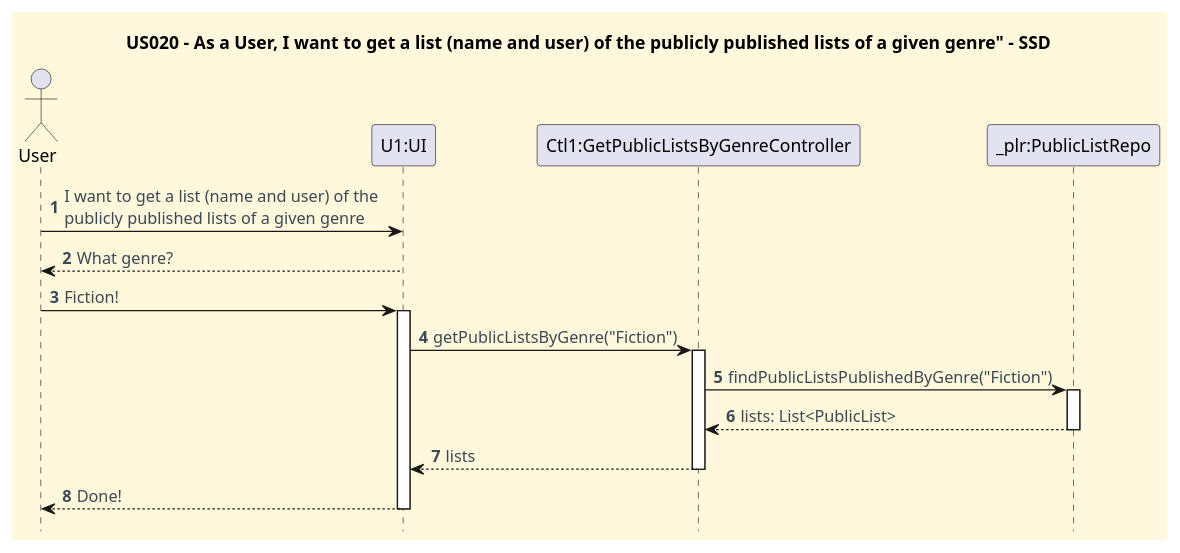
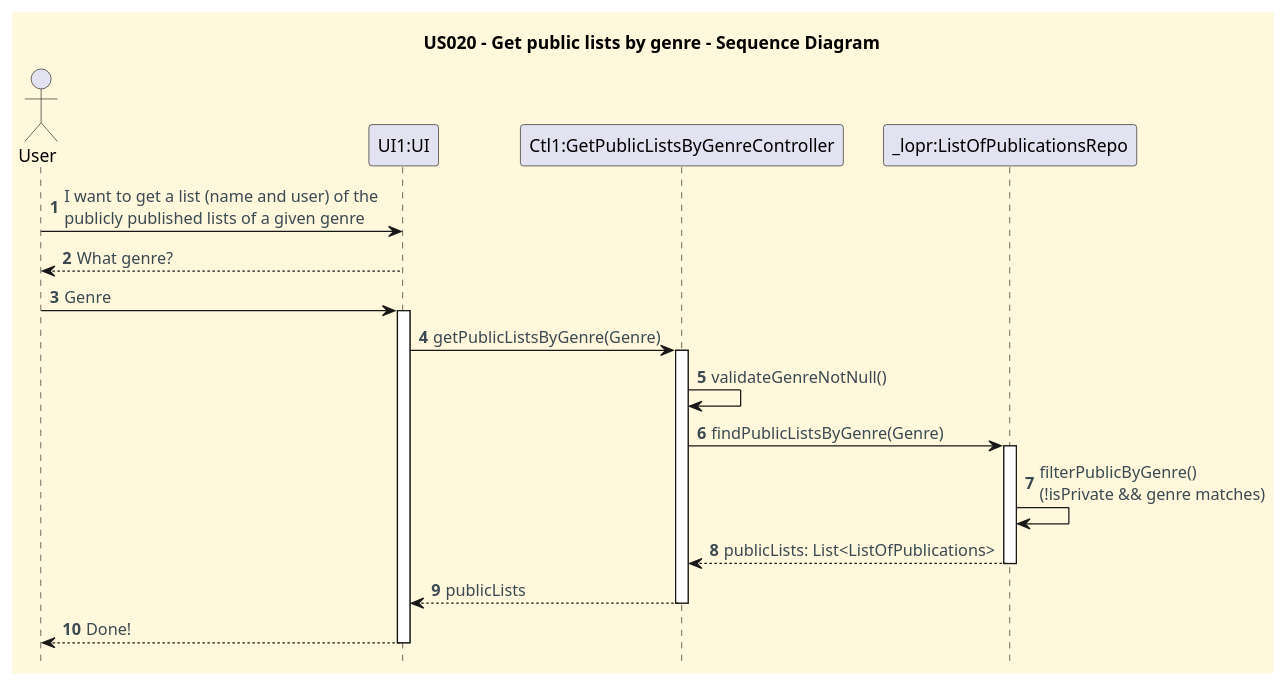
The diagram in docs/userStories/US020/US020_get_a_list_given_genres_SD.puml (CarolinaLeite-collab/JavaMarketplacePlatform), drawn with PlantUML before and after one commit.

Commit message:
Resolves #131: Updated Sequence Diagram for US020

```diff
--- a/docs/userStories/US020/US020_get_a_list_given_genres_SD.puml
+++ b/docs/userStories/US020/US020_get_a_list_given_genres_SD.puml
@@ -1,42 +1,48 @@
 @startuml
-title US020 - As a User, I want to get a list (name and user) of the publicly published lists of a given genre" - SSD
-              hidefootbox
+title US020 - Get public lists by genre - Sequence Diagram
+hidefootbox
 
 '==== basic style ====
 skinparam monochrome false
 skinparam shadowing false
 skinparam defaultFontName Futura
 skinparam objectFontSize 20
 skinparam backgroundColor CornSilk
 skinparam objectBackgroundColor WhiteSmoke
 skinparam noteBackgroundColor #FFFFE0
 skinparam ArrowFontColor #3B4953
 skinparam ActivationBackgroundColor black
 
 autonumber
 autoactivate off
 
-actor User
 
-User -> "U1:UI": I want to get a list (name and user) of the \npublicly published lists of a given genre
-"U1:UI" --> User: What genre?
+actor User as U
+participant "UI1:UI" as UI
+participant "Ctl1:GetPublicListsByGenreController" as C
+participant "_lopr:ListOfPublicationsRepo" as R
 
-User -> "U1:UI": Fiction!
-activate "U1:UI"
+U -> UI: I want to get a list (name and user) of the \npublicly published lists of a given genre
+UI --> U: What genre?
 
-"U1:UI" -> "Ctl1:GetPublicListsByGenreController": getPublicListsByGenre("Fiction")
-activate "Ctl1:GetPublicListsByGenreController"
+U -> UI: Genre
+activate UI
 
-"Ctl1:GetPublicListsByGenreController" -> "_plr:PublicListRepo": findPublicListsPublishedByGenre("Fiction")
-activate "_plr:PublicListRepo"
-"_plr:PublicListRepo" --> "Ctl1:GetPublicListsByGenreController": lists: List<PublicList>
-deactivate "_plr:PublicListRepo"
+UI -> C: getPublicListsByGenre(Genre)
+activate C
 
-"Ctl1:GetPublicListsByGenreController" --> "U1:UI": lists
-deactivate "Ctl1:GetPublicListsByGenreController"
+C -> C: validateGenreNotNull()
+C -> R: findPublicListsByGenre(Genre)
+activate R
 
+R -> R: filterPublicByGenre()\n(!isPrivate && genre matches)
+R --> C: publicLists: List<ListOfPublications>
+deactivate R
 
-"U1:UI" --> User: Done!
-deactivate "U1:UI"
+C --> UI: publicLists
+deactivate C
+
+UI --> U: Done!
+deactivate UI
 
 @enduml
```
